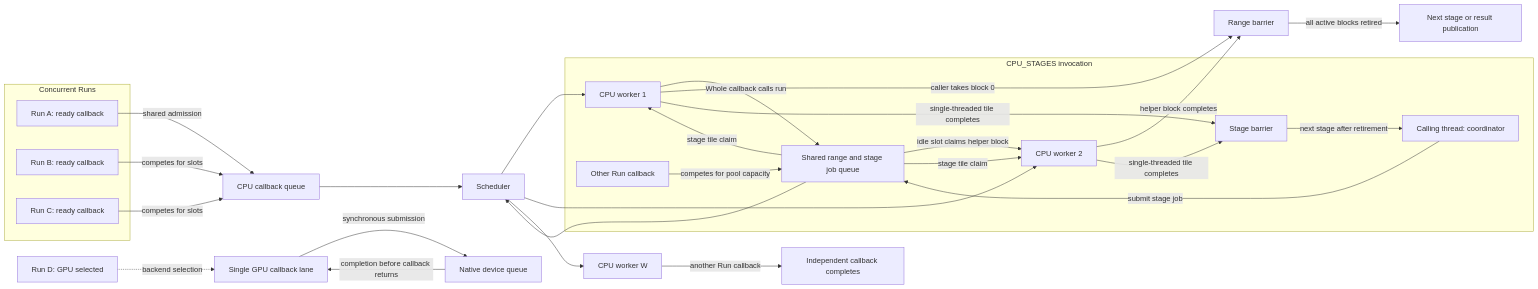
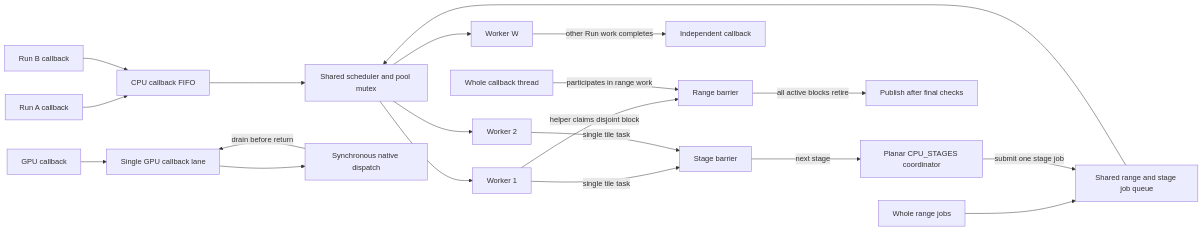
The diagram in docs/kernel-architecture/Parallel-Execution-Model.md (kevin-zf1123/photospider), drawn with Mermaid before and after one commit. The commit also changed other lines of this file and 106 other files, not shown here.

````diff
--- a/docs/kernel-architecture/Parallel-Execution-Model.md
+++ b/docs/kernel-architecture/Parallel-Execution-Model.md
@@ -11,34 +11,22 @@
 ```mermaid
 flowchart LR
-    subgraph Runs[Concurrent Runs]
-        R1[Run A: ready callback]
-        R2[Run B: ready callback]
-        R3[Run C: ready callback]
-    end
-    R1 -->|shared admission| Q[CPU callback queue]
-    R2 -->|competes for slots| Q
-    R3 -->|competes for slots| Q
-    Q --> S[Scheduler]
-    J[Shared range and stage job queue] --> S
-    S --> W1[CPU worker 1]
-    S --> W2[CPU worker 2]
-    S --> WN[CPU worker W]
-    W1 -->|Whole callback calls run| J
-    J -->|idle slot claims helper block| W2
-    W1 -->|caller takes block 0| RB[Range barrier]
-    W2 -->|helper block completes| RB
-    WN -->|another Run callback| OC[Independent callback completes]
-    RB -->|all active blocks retired| C[Next stage or result publication]
-    RG[Run D: GPU selected] -. backend selection .-> GQ[Single GPU callback lane]
-    GQ -->|synchronous submission| D[Native device queue]
-    D -->|completion before callback returns| GQ
-    subgraph Staged[CPU_STAGES invocation]
-        C0[Calling thread: coordinator] -->|submit stage job| J
-        J -->|stage tile claim| W1
-        J -->|stage tile claim| W2
-        W1 -->|single-threaded tile completes| TB[Stage barrier]
-        W2 -->|single-threaded tile completes| TB
-        TWN[Other Run callback] -->|competes for pool capacity| J
-        TB -->|next stage after retirement| C0
-    end
+    A[Run A callback] --> Q[CPU callback FIFO]
+    B[Run B callback] --> Q
+    Q --> S[Shared scheduler and pool mutex]
+    R[Whole range jobs] --> JQ[Shared range and stage job queue]
+    JQ --> S
+    S --> W1[Worker 1]
+    S --> W2[Worker 2]
+    S --> WN[Worker W]
+    W1 -->|helper claims disjoint block| J[Range barrier]
+    Caller[Whole callback thread] -->|participates in range work| J
+    WN -->|other Run work completes| O[Independent callback]
+    J -->|all active blocks retire| P[Publish after final checks]
+    C[Planar CPU_STAGES coordinator] -->|submit one stage job| JQ
+    W1 -->|single tile task| TB[Stage barrier]
+    W2 -->|single tile task| TB
+    TB -->|next stage| C
+    G[GPU callback] --> GQ[Single GPU callback lane]
+    GQ --> D[Synchronous native dispatch]
+    D -->|drain before return| GQ
 ```
````
